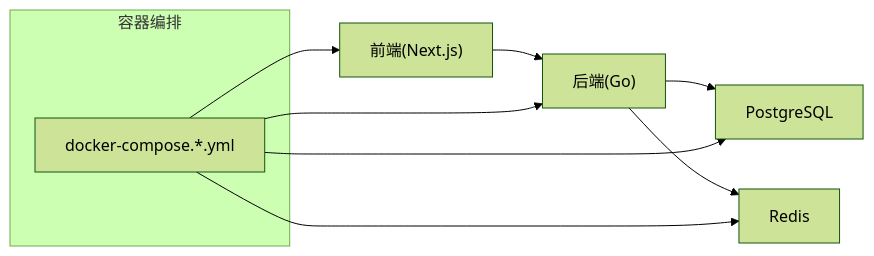
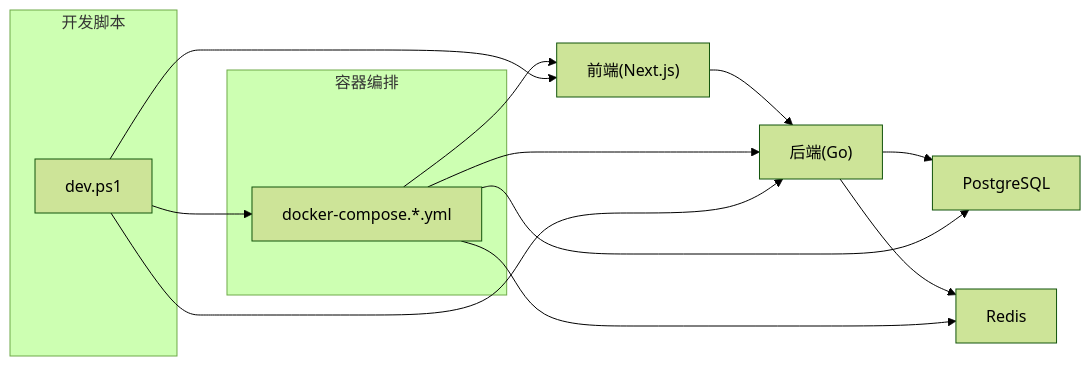
The seventh of 7 diagrams in .qoder/repowiki/zh/content/开发指南/开发环境搭建.md (alvinwangzi/goodhr), drawn with Mermaid (forest theme) before and after one commit. The commit also changed other lines of this file and 10 other files, not shown here.

````diff
--- a/.qoder/repowiki/zh/content/开发指南/开发环境搭建.md
+++ b/.qoder/repowiki/zh/content/开发指南/开发环境搭建.md
@@ -234,13 +306,19 @@
 ```mermaid
 graph LR
 FE["前端(Next.js)"] --> BE["后端(Go)"]
 BE --> PG["PostgreSQL"]
 BE --> RD["Redis"]
 subgraph "容器编排"
 DC["docker-compose.*.yml"]
 end
+subgraph "开发脚本"
+PS["dev.ps1"]
+end
 DC --> FE
 DC --> BE
 DC --> PG
 DC --> RD
+PS --> DC
+PS --> BE
+PS --> FE
 ```
````
